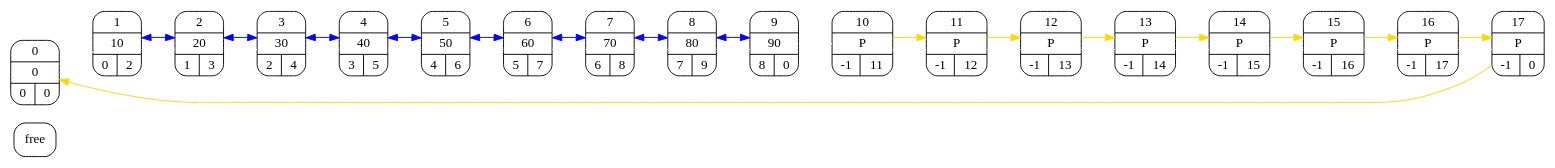
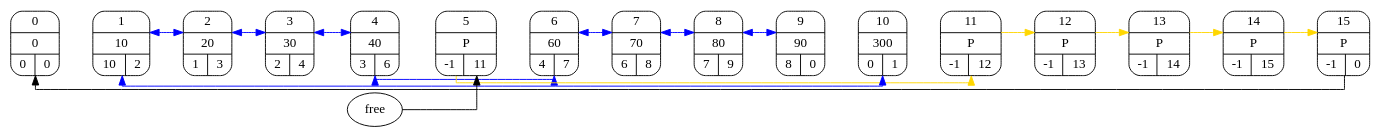
Before and after one commit to egorSharapov/List: the diagram in out/input.dot, drawn with Graphviz. The commit also changed 4 other files, not shown here.

```diff
--- a/out/input.dot
+++ b/out/input.dot
@@ -1,30 +1,44 @@
 digraph {
-    node [shape=Mrecord, width = 0.5];
+    splines=ortho;
+    node [nodesep = 0.8, width = 0.5];
     rankdir=LR;
-    free [shape = Mrecord];
     struct0 [shape= Mrecord, label = "0|0|{0|0}"];
-    struct1 [shape= Mrecord, label = "1|10|{0|2}"];
+    struct1 [shape= Mrecord, label = "1|10|{10|2}"];
     struct2 [shape= Mrecord, label = "2|20|{1|3}"];
     struct3 [shape= Mrecord, label = "3|30|{2|4}"];
-    struct4 [shape= Mrecord, label = "4|40|{3|5}"];
-    struct5 [shape= Mrecord, label = "5|50|{4|6}"];
-    struct6 [shape= Mrecord, label = "6|60|{5|7}"];
+    struct4 [shape= Mrecord, label = "4|40|{3|6}"];
+    struct5 [shape= Mrecord, label = "5|P|{-1|11}"];
+    struct6 [shape= Mrecord, label = "6|60|{4|7}"];
     struct7 [shape= Mrecord, label = "7|70|{6|8}"];
     struct8 [shape= Mrecord, label = "8|80|{7|9}"];
     struct9 [shape= Mrecord, label = "9|90|{8|0}"];
-    struct10 [shape= Mrecord, label = "10|P|{-1|11}"];
+    struct10 [shape= Mrecord, label = "10|300|{0|1}"];
     struct11 [shape= Mrecord, label = "11|P|{-1|12}"];
     struct12 [shape= Mrecord, label = "12|P|{-1|13}"];
     struct13 [shape= Mrecord, label = "13|P|{-1|14}"];
     struct14 [shape= Mrecord, label = "14|P|{-1|15}"];
-    struct15 [shape= Mrecord, label = "15|P|{-1|16}"];
-    struct16 [shape= Mrecord, label = "16|P|{-1|17}"];
-    struct17 [shape= Mrecord, label = "17|P|{-1|0}"];
+    struct15 [shape= Mrecord, label = "15|P|{-1|0}"];
 
-    edge [dir = both, color = white]
-    struct0 ->struct1 ->struct2 ->struct3 ->struct4 ->struct5 ->struct6 ->struct7 ->struct8 ->struct9 ->struct10 ->struct11 ->struct12 ->struct13 ->struct14 ->struct15 ->struct16 ->struct17;
+    struct0 -> struct1 [style = "invis", weight = 300]
+    struct1 -> struct2 [style = "invis", weight = 300]
+    struct2 -> struct3 [style = "invis", weight = 300]
+    struct3 -> struct4 [style = "invis", weight = 300]
+    struct4 -> struct5 [style = "invis", weight = 300]
+    struct5 -> struct6 [style = "invis", weight = 300]
+    struct6 -> struct7 [style = "invis", weight = 300]
+    struct7 -> struct8 [style = "invis", weight = 300]
+    struct8 -> struct9 [style = "invis", weight = 300]
+    struct9 -> struct10 [style = "invis", weight = 300]
+    struct10 -> struct11 [style = "invis", weight = 300]
+    struct11 -> struct12 [style = "invis", weight = 300]
+    struct12 -> struct13 [style = "invis", weight = 300]
+    struct13 -> struct14 [style = "invis", weight = 300]
+    struct14 -> struct15 [style = "invis", weight = 300]
+    
+    free->struct5 [weight = 1]
     edge [dir = both, color = blue]
-    struct1 ->struct2 ->struct3 ->struct4 ->struct5 ->struct6 ->struct7 ->struct8 ->struct9;
+    struct10 ->struct1 ->struct2 ->struct3 ->struct4 ->struct6 ->struct7 ->struct8 ->struct9;
     edge [dir = right, color = gold]
-struct10 ->struct11 ->struct12 ->struct13 ->struct14 ->struct15 ->struct16 ->struct17 ->struct0;
+    struct5 ->struct11 ->struct12 ->struct13 ->struct14 ->struct15;
+    struct15 -> struct0 [color = black];
 }
```
